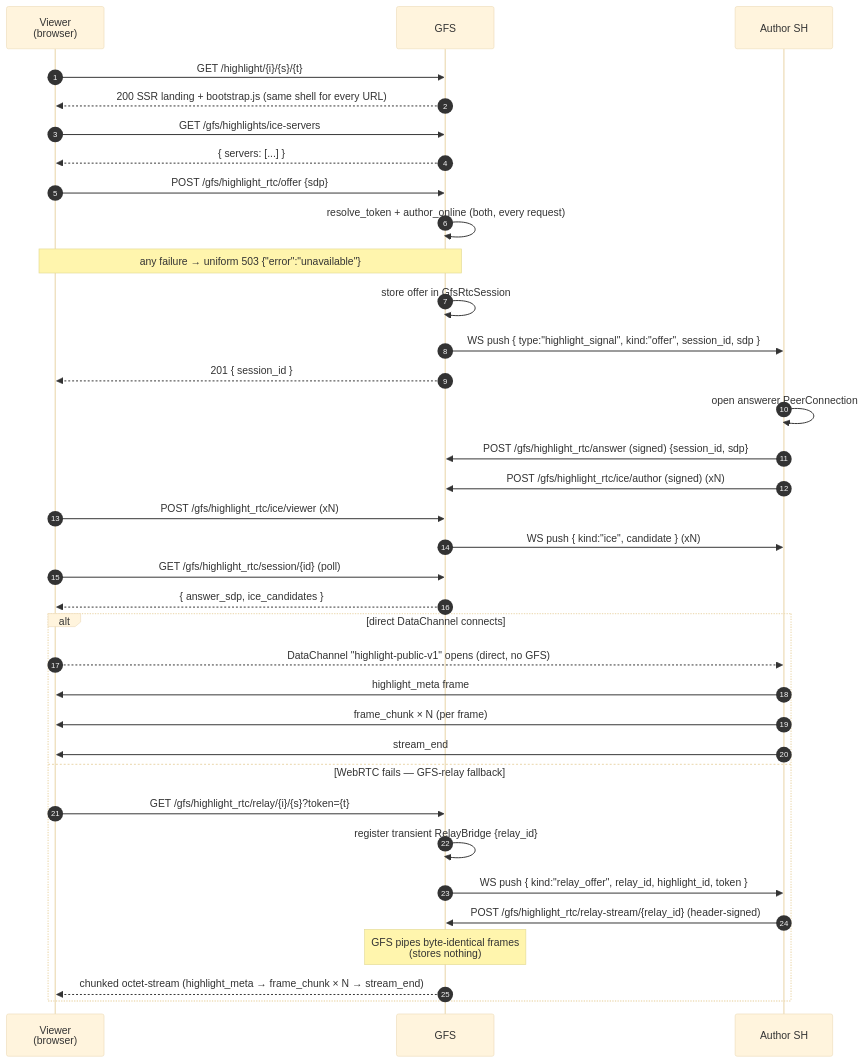
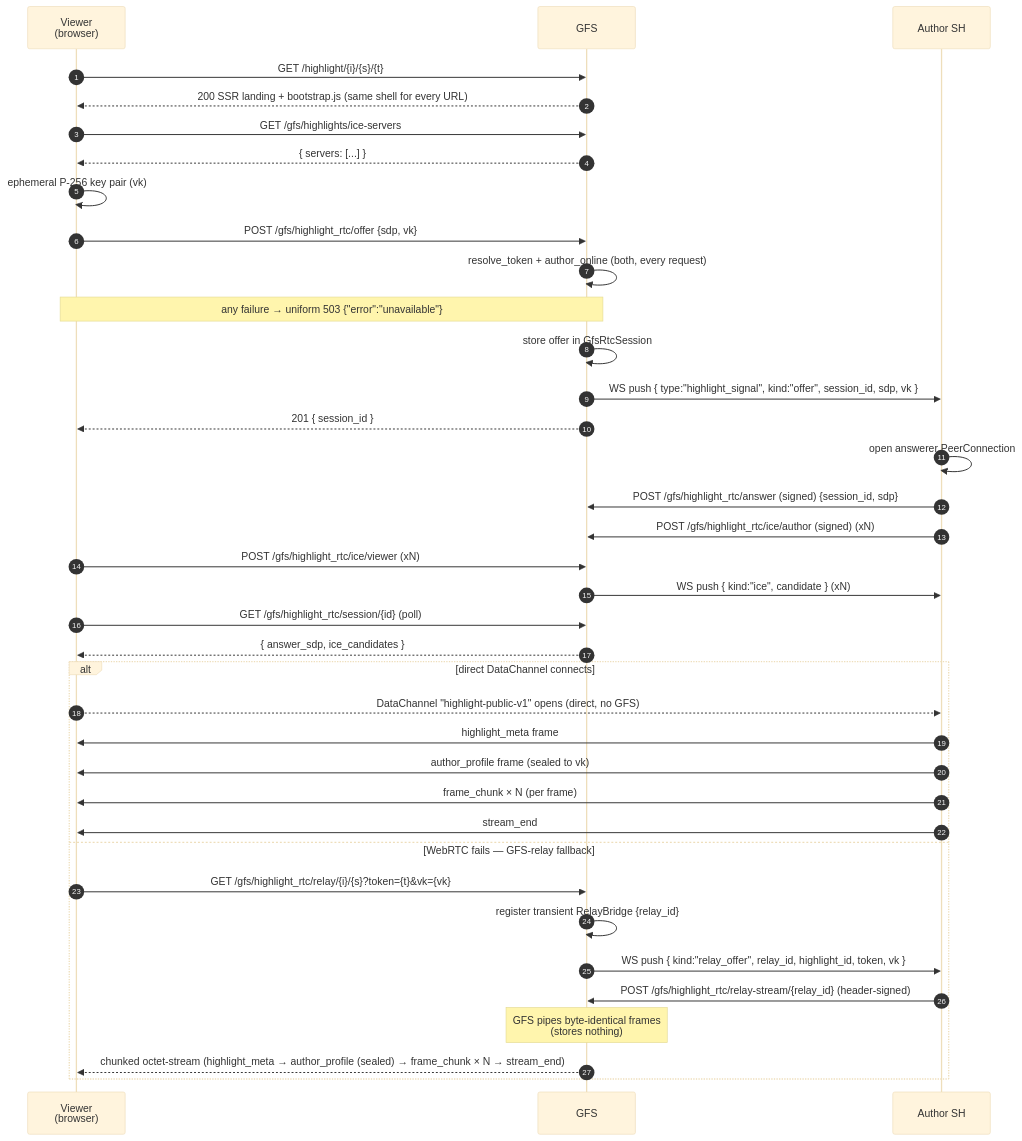
One commit to social-home-io/socialhome changed the diagram in docs/protocol/highlights_public.md. Above: the diagram before and after it, drawn with Mermaid (base theme). The commit also changed other lines of this file and 15 other files, not shown here.

````diff
--- a/docs/protocol/highlights_public.md
+++ b/docs/protocol/highlights_public.md
@@ -174,38 +209,40 @@
 ```mermaid
 sequenceDiagram
     autonumber
     participant V as Viewer<br/>(browser)
     participant G as GFS
     participant A as Author SH
 
     V->>G: GET /highlight/{i}/{s}/{t}
     G-->>V: 200 SSR landing + bootstrap.js (same shell for every URL)
     V->>G: GET /gfs/highlights/ice-servers
     G-->>V: { servers: [...] }
-    V->>G: POST /gfs/highlight_rtc/offer {sdp}
+    V->>V: ephemeral P-256 key pair (vk)
+    V->>G: POST /gfs/highlight_rtc/offer {sdp, vk}
     G->>G: resolve_token + author_online (both, every request)
     Note over G,V: any failure → uniform 503 {"error":"unavailable"}
     G->>G: store offer in GfsRtcSession
-    G->>A: WS push { type:"highlight_signal", kind:"offer", session_id, sdp }
+    G->>A: WS push { type:"highlight_signal", kind:"offer", session_id, sdp, vk }
     G-->>V: 201 { session_id }
     A->>A: open answerer PeerConnection
     A->>G: POST /gfs/highlight_rtc/answer (signed) {session_id, sdp}
     A->>G: POST /gfs/highlight_rtc/ice/author (signed) (xN)
     V->>G: POST /gfs/highlight_rtc/ice/viewer (xN)
     G->>A: WS push { kind:"ice", candidate } (xN)
     V->>G: GET /gfs/highlight_rtc/session/{id} (poll)
     G-->>V: { answer_sdp, ice_candidates }
     alt direct DataChannel connects
         V-->>A: DataChannel "highlight-public-v1" opens (direct, no GFS)
         A->>V: highlight_meta frame
+        A->>V: author_profile frame (sealed to vk)
         A->>V: frame_chunk × N (per frame)
         A->>V: stream_end
     else WebRTC fails — GFS-relay fallback
-        V->>G: GET /gfs/highlight_rtc/relay/{i}/{s}?token={t}
+        V->>G: GET /gfs/highlight_rtc/relay/{i}/{s}?token={t}&vk={vk}
         G->>G: register transient RelayBridge {relay_id}
-        G->>A: WS push { kind:"relay_offer", relay_id, highlight_id, token }
+        G->>A: WS push { kind:"relay_offer", relay_id, highlight_id, token, vk }
         A->>G: POST /gfs/highlight_rtc/relay-stream/{relay_id} (header-signed)
         Note over G: GFS pipes byte-identical frames<br/>(stores nothing)
-        G-->>V: chunked octet-stream (highlight_meta → frame_chunk × N → stream_end)
+        G-->>V: chunked octet-stream (highlight_meta → author_profile (sealed) → frame_chunk × N → stream_end)
     end
 ```
````
